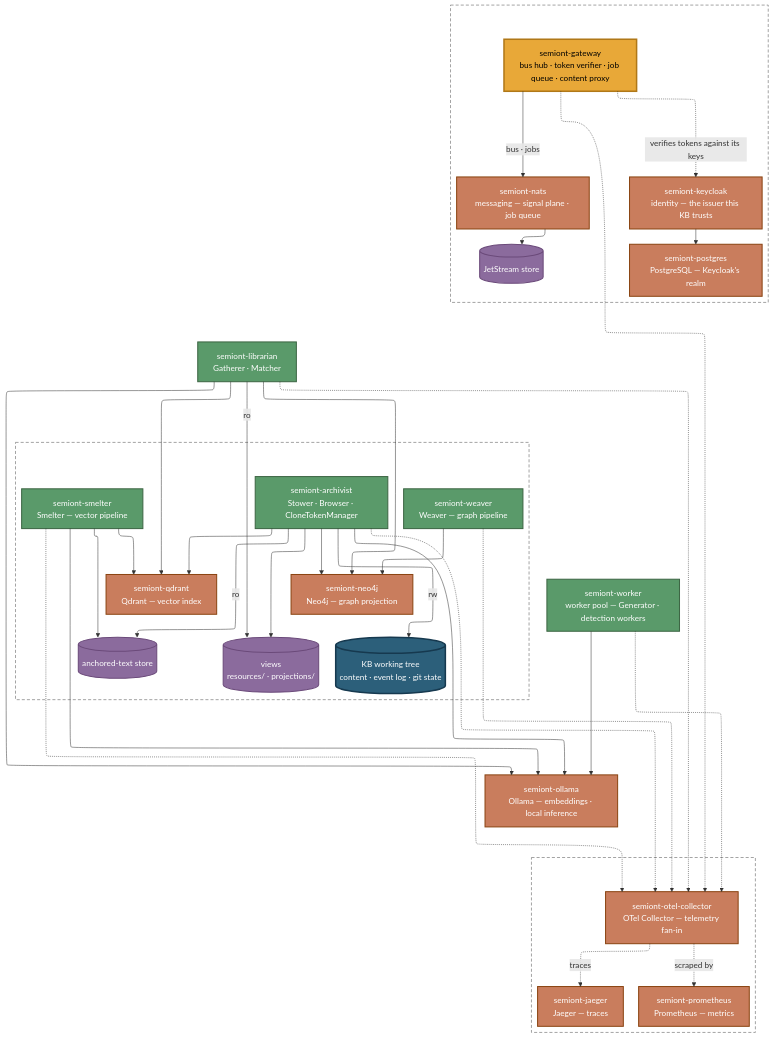
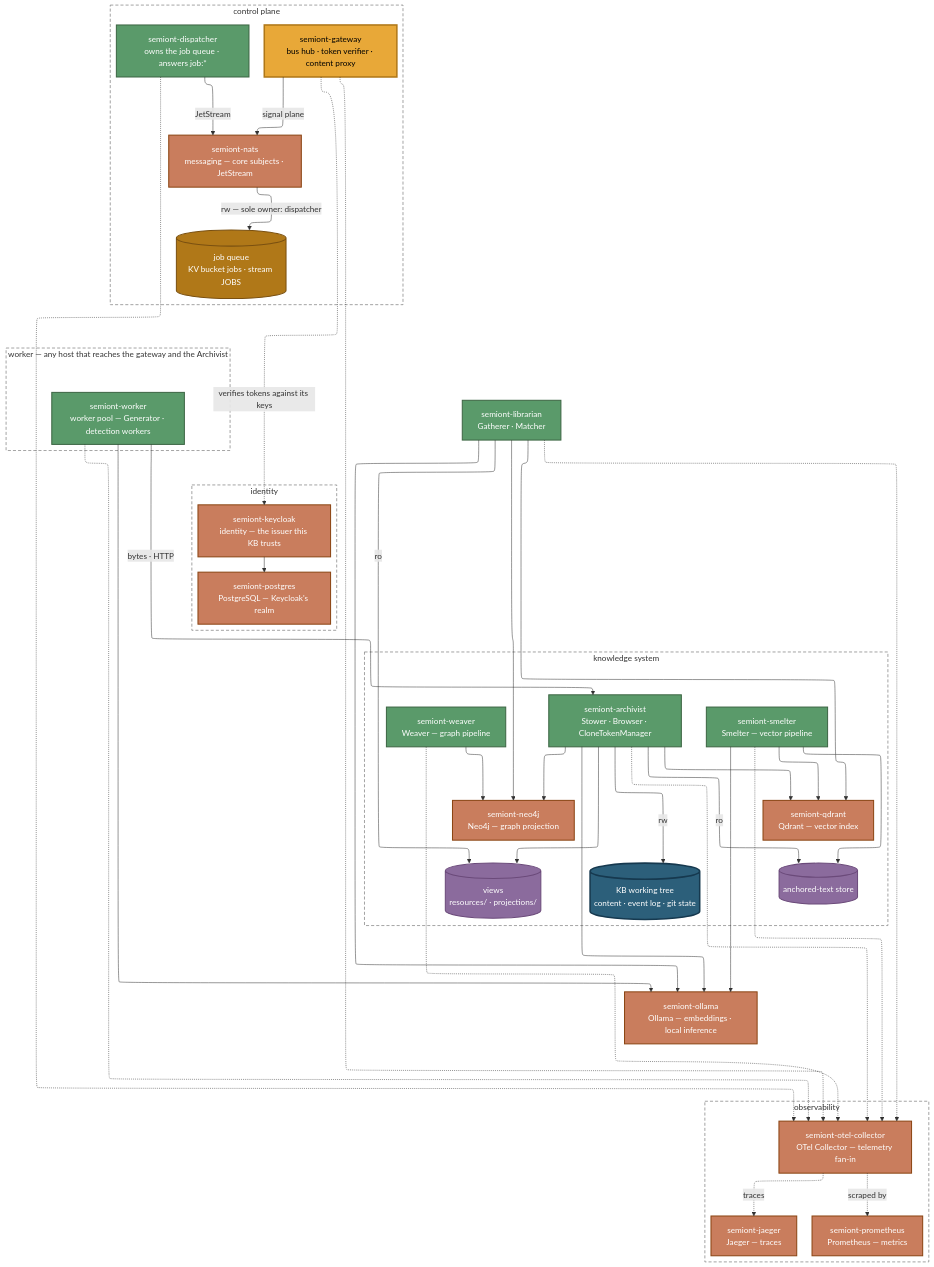
One commit to The-AI-Alliance/semiont changed the second of 2 diagrams in docs/system/CONTAINER-TOPOLOGY.md. Above: the diagram before and after it, drawn with Mermaid. The commit also changed other lines of this file and 21 other files, not shown here.

````diff
--- a/docs/system/CONTAINER-TOPOLOGY.md
+++ b/docs/system/CONTAINER-TOPOLOGY.md
@@ -77,15 +92,19 @@
   layout: elk
 ---
 graph TB
-    subgraph G1 [" "]
-        GW["semiont-gateway<br/>bus hub · token verifier · job queue · content proxy"]
-        NATS["semiont-nats<br/>messaging — signal plane · job queue"]
-        JS[("JetStream store")]
+    subgraph G1 ["control plane"]
+        GW["semiont-gateway<br/>bus hub · token verifier · content proxy"]
+        DISP["semiont-dispatcher<br/>owns the job queue · answers job:*"]
+        NATS["semiont-nats<br/>messaging — core subjects · JetStream"]
+        JS[("job queue<br/>KV bucket jobs · stream JOBS")]
+    end
+
+    subgraph G4 ["identity"]
         KC["semiont-keycloak<br/>identity — the issuer this KB trusts"]
         PG["semiont-postgres<br/>PostgreSQL — Keycloak's realm"]
     end
 
-    subgraph G2 [" "]
+    subgraph G2 ["knowledge system"]
         ARCH["semiont-archivist<br/>Stower · Browser · CloneTokenManager"]
         TREE[("KB working tree<br/>content · event log · git state")]
         VIEWS[("views<br/>resources/ · projections/")]
@@ -99,9 +118,11 @@
     LIB["semiont-librarian<br/>Gatherer · Matcher"]
     OL["semiont-ollama<br/>Ollama — embeddings · local inference"]
 
-    WORKER["semiont-worker<br/>worker pool — Generator · detection workers"]
+    subgraph G3 ["worker — any host that reaches the gateway and the Archivist"]
+        WORKER["semiont-worker<br/>worker pool — Generator · detection workers"]
+    end
 
-    subgraph G5 [" "]
+    subgraph G5 ["observability"]
         COLL["semiont-otel-collector<br/>OTel Collector — telemetry fan-in"]
         TRACES["semiont-jaeger<br/>Jaeger — traces"]
         METRICS["semiont-prometheus<br/>Prometheus — metrics"]
@@ -112,8 +133,10 @@
     LIB -->|ro| VIEWS
     SMELT --> ANCH
     ARCH -->|ro| ANCH
-    GW -->|bus · jobs| NATS
-    NATS --> JS
+    WORKER -->|bytes · HTTP| ARCH
+    GW -->|signal plane| NATS
+    DISP -->|JetStream| NATS
+    NATS -->|rw — sole owner: dispatcher| JS
 
     WEAVE --> NEO
     ARCH --> NEO
@@ -134,6 +157,7 @@
     WORKER -.-> COLL
     SMELT -.-> COLL
     WEAVE -.-> COLL
+    DISP -.-> COLL
     COLL -.->|traces| TRACES
     COLL -.->|"scraped by"| METRICS
 
@@ -142,11 +166,13 @@
     classDef infra fill:#c97d5d,stroke:#8b4513,stroke-width:2px,color:#fff
     classDef store fill:#8b6b9d,stroke:#6b4a7a,stroke-width:2px,color:#fff
     classDef record fill:#2c5f7a,stroke:#16394f,stroke-width:3px,color:#fff
+    classDef ctl fill:#b07818,stroke:#7a5010,stroke-width:2px,color:#fff
 
-    class LIB,WORKER,SMELT,WEAVE,ARCH svc
+    class LIB,WORKER,SMELT,WEAVE,ARCH,DISP svc
     class GW hub
     class NEO,QD,OL,PG,KC,COLL,TRACES,METRICS,NATS infra
-    class ANCH,VIEWS,JS store
+    class ANCH,VIEWS store
+    class JS ctl
     class TREE record
 
     NEO ~~~ TREE
@@ -160,5 +186,7 @@
 
     style G1 fill:none,stroke:#888,stroke-width:1.5px,stroke-dasharray:6 4
     style G2 fill:none,stroke:#888,stroke-width:1.5px,stroke-dasharray:6 4
+    style G3 fill:none,stroke:#888,stroke-width:1.5px,stroke-dasharray:6 4
+    style G4 fill:none,stroke:#888,stroke-width:1.5px,stroke-dasharray:6 4
     style G5 fill:none,stroke:#888,stroke-width:1.5px,stroke-dasharray:6 4
 ```
````
